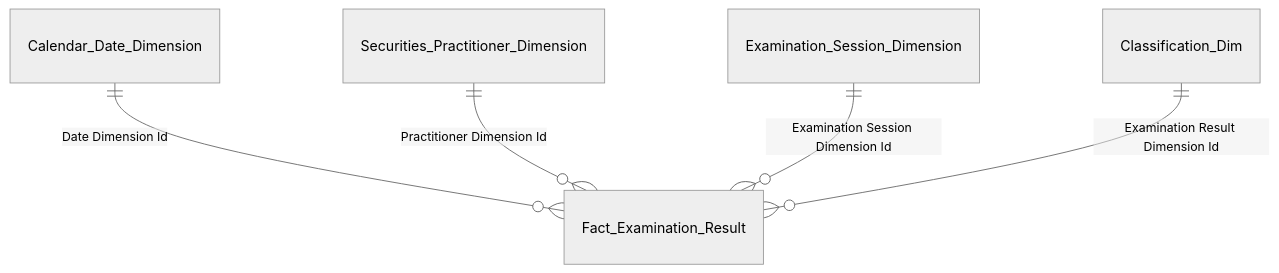
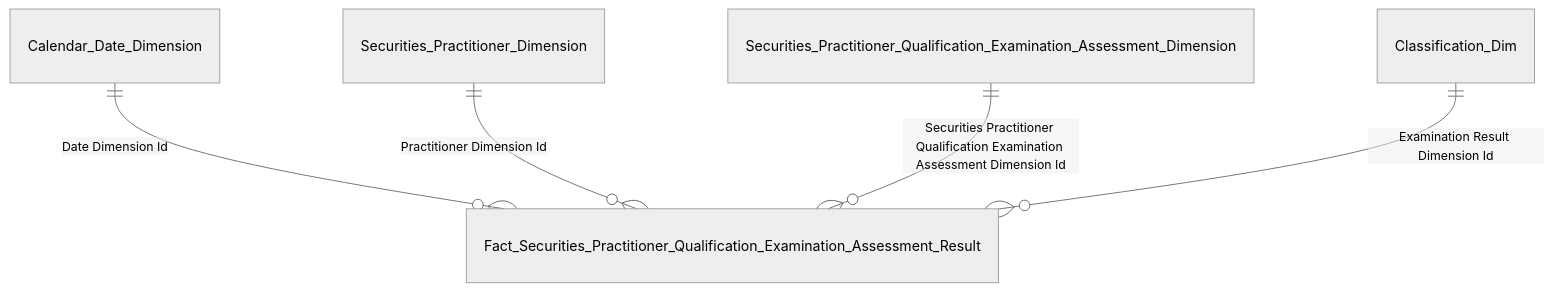
Before and after one commit to linhlvit/ubck_atomic_design: diagram 18 of 21 in Gold/hld/GOLD_NHNCK_HLD.md, drawn with Mermaid (neutral theme). The commit also changed other lines of this file and 9 other files, not shown here.

````diff
--- a/Gold/hld/GOLD_NHNCK_HLD.md
+++ b/Gold/hld/GOLD_NHNCK_HLD.md
@@ -601,7 +601,7 @@
 ```mermaid
 erDiagram
-    Calendar_Date_Dimension ||--o{ Fact_Examination_Result : "Date Dimension Id"
-    Securities_Practitioner_Dimension ||--o{ Fact_Examination_Result : "Practitioner Dimension Id"
-    Examination_Session_Dimension ||--o{ Fact_Examination_Result : "Examination Session Dimension Id"
-    Classification_Dim ||--o{ Fact_Examination_Result : "Examination Result Dimension Id"
+    Calendar_Date_Dimension ||--o{ Fact_Securities_Practitioner_Qualification_Examination_Assessment_Result : "Date Dimension Id"
+    Securities_Practitioner_Dimension ||--o{ Fact_Securities_Practitioner_Qualification_Examination_Assessment_Result : "Practitioner Dimension Id"
+    Securities_Practitioner_Qualification_Examination_Assessment_Dimension ||--o{ Fact_Securities_Practitioner_Qualification_Examination_Assessment_Result : "Securities Practitioner Qualification Examination Assessment Dimension Id"
+    Classification_Dim ||--o{ Fact_Securities_Practitioner_Qualification_Examination_Assessment_Result : "Examination Result Dimension Id"
 ```
````
